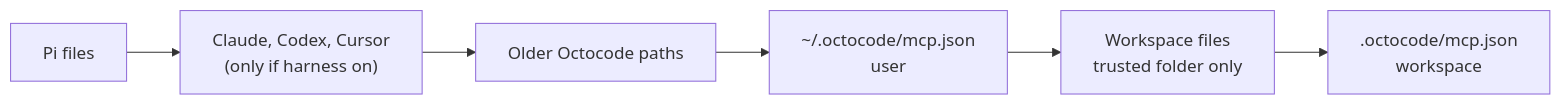
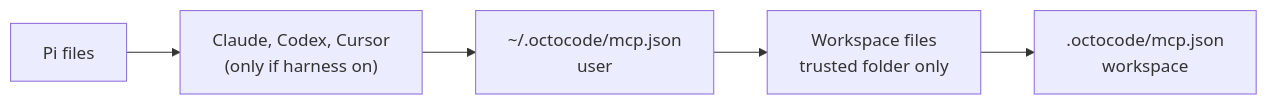
The first of 4 diagrams in packages/coding-agent/docs/mcp-reference.md (bgauryy/octocode-coding-agent), drawn with Mermaid before and after one commit. The commit also changed other lines of this file and 789 other files, not shown here.

````diff
--- a/packages/coding-agent/docs/mcp-reference.md
+++ b/packages/coding-agent/docs/mcp-reference.md
@@ -9,4 +9,4 @@
 ```mermaid
 flowchart LR
-    A["Pi files"] --> B["Claude, Codex, Cursor<br/>(only if harness on)"] --> C["Older Octocode paths"] --> D["~/.octocode/mcp.json<br/>user"] --> E["Workspace files<br/>trusted folder only"] --> F[".octocode/mcp.json<br/>workspace"]
+    A["Pi files"] --> B["Claude, Codex, Cursor<br/>(only if harness on)"] --> D["~/.octocode/mcp.json<br/>user"] --> E["Workspace files<br/>trusted folder only"] --> F[".octocode/mcp.json<br/>workspace"]
 ```
````
